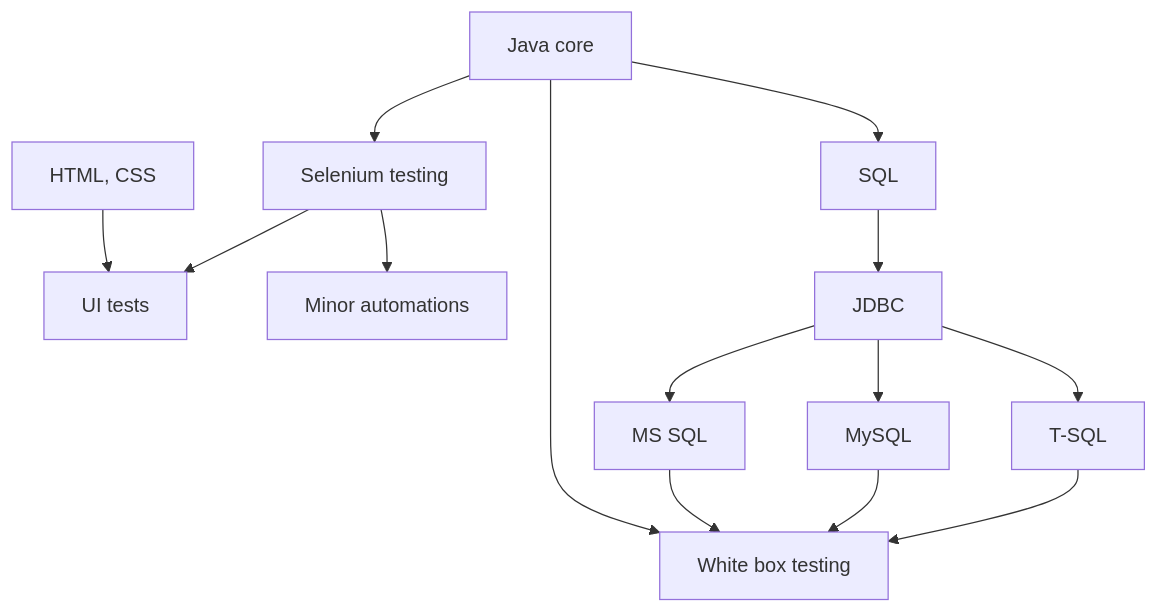
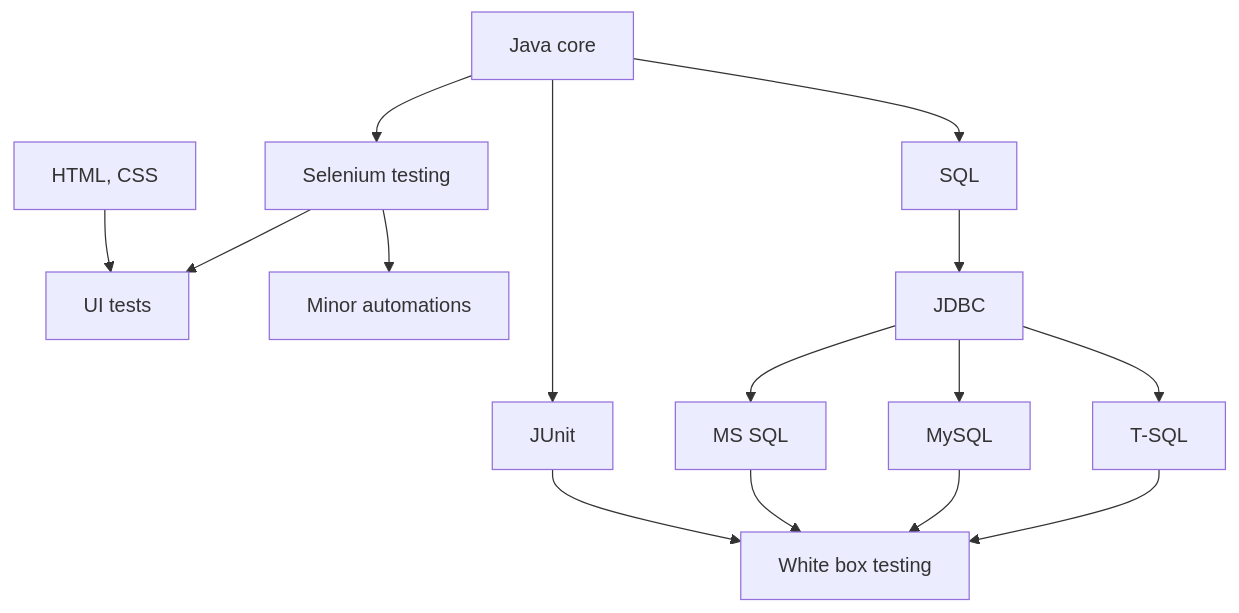
One commit to Eekain/Eekain changed the diagram in README.md. Above: the diagram before and after it, drawn with Mermaid.

````diff
--- a/README.md
+++ b/README.md
@@ -19,16 +19,16 @@
 ```mermaid
   graph TD;
       A[Java core] --> B[Selenium testing];
       A --> C[SQL];
       D[HTML, CSS] --> E[UI tests];
       B --> E;
       B --> F[Minor automations];
       C --> G[JDBC];
       G --> H[MS SQL];
       G --> I[MySQL];
       G --> J[T-SQL];
-      A --> K[White box testing];
+      A --> L[JUnit] --> K[White box testing];
       H --> K;
       I --> K;
       J --> K;
 ```
````
